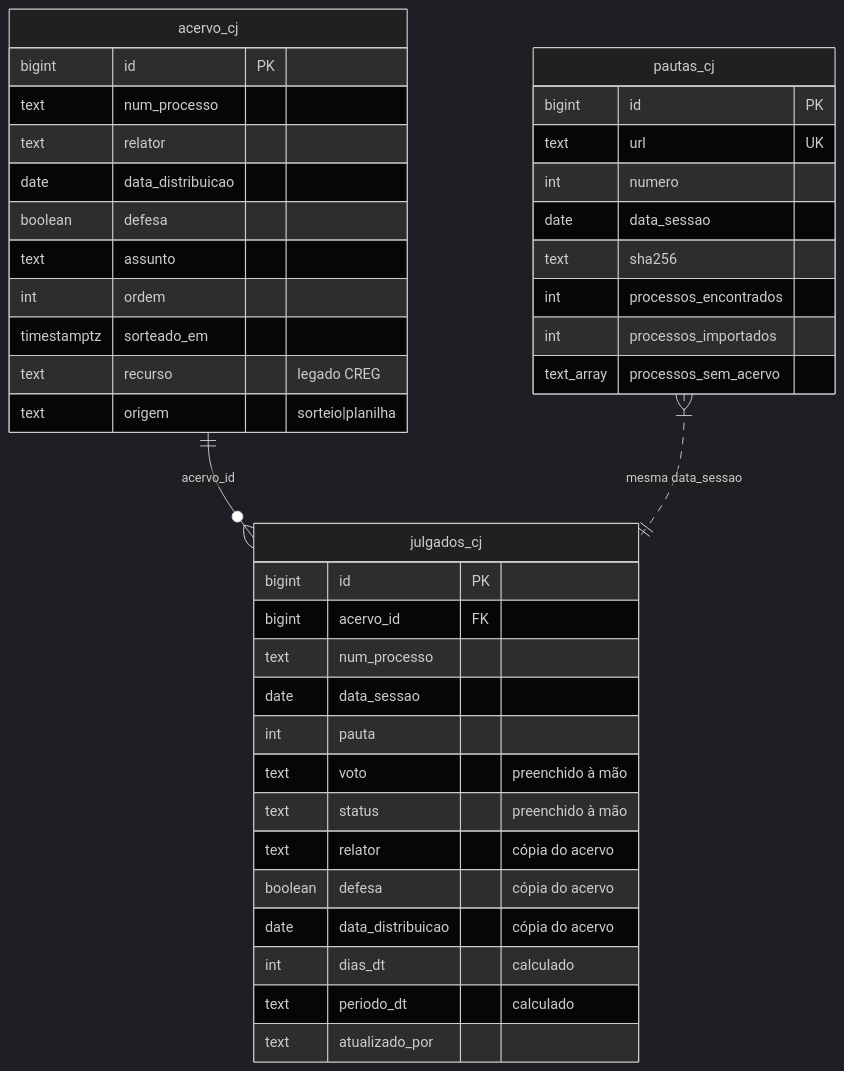
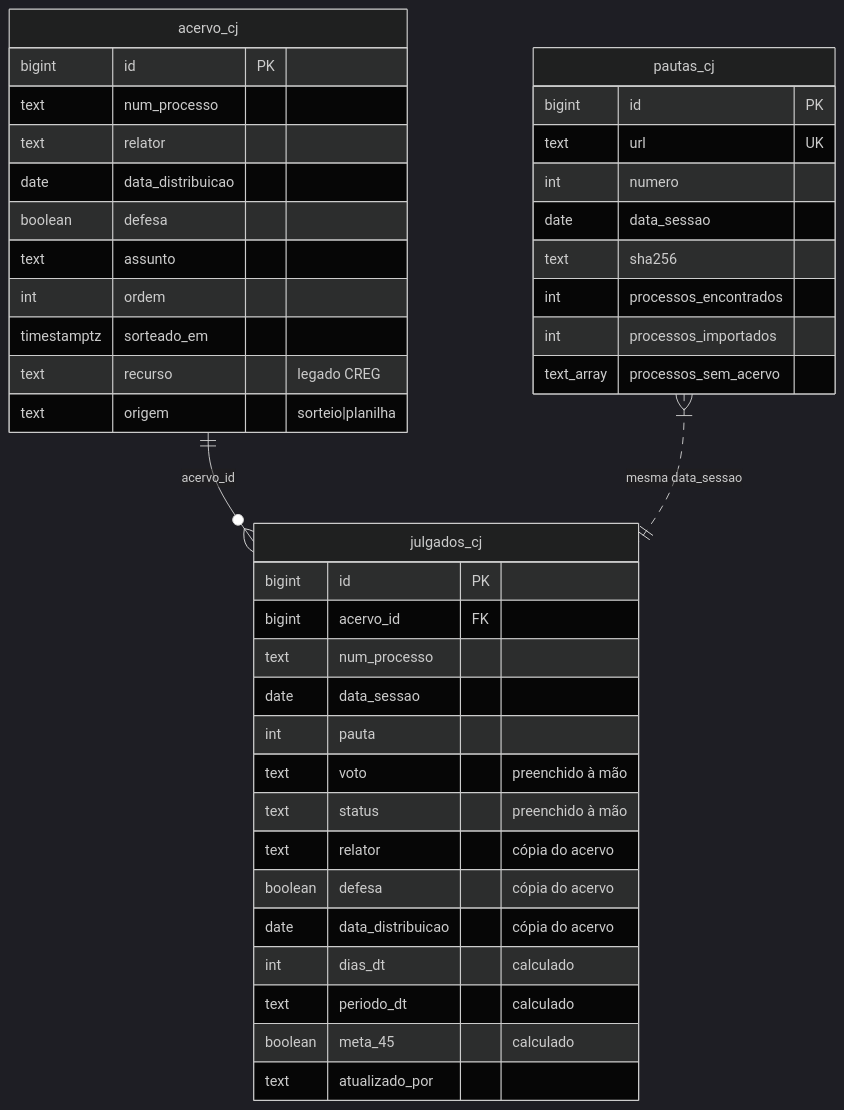
Before and after one commit to thelustosa/sorteio-sei: the fifth of 5 diagrams in FLUXO-CJ.md, drawn with Mermaid (dark theme). The commit also changed other lines of this file and 23 other files, not shown here.

````diff
--- a/FLUXO-CJ.md
+++ b/FLUXO-CJ.md
@@ -637,43 +638,44 @@
 ```mermaid
 erDiagram
     acervo_cj ||--o{ julgados_cj : "acervo_id"
     pautas_cj }|..|| julgados_cj : "mesma data_sessao"
 
     acervo_cj {
         bigint id PK
         text num_processo
         text relator
         date data_distribuicao
         boolean defesa
         text assunto
         int ordem
         timestamptz sorteado_em
         text recurso "legado CREG"
         text origem "sorteio|planilha"
     }
     julgados_cj {
         bigint id PK
         bigint acervo_id FK
         text num_processo
         date data_sessao
         int pauta
         text voto "preenchido à mão"
         text status "preenchido à mão"
         text relator "cópia do acervo"
         boolean defesa "cópia do acervo"
         date data_distribuicao "cópia do acervo"
         int dias_dt "calculado"
         text periodo_dt "calculado"
+        boolean meta_45 "calculado"
         text atualizado_por
     }
     pautas_cj {
         bigint id PK
         text url UK
         int numero
         date data_sessao
         text sha256
         int processos_encontrados
         int processos_importados
         text_array processos_sem_acervo
     }
 ```
````
